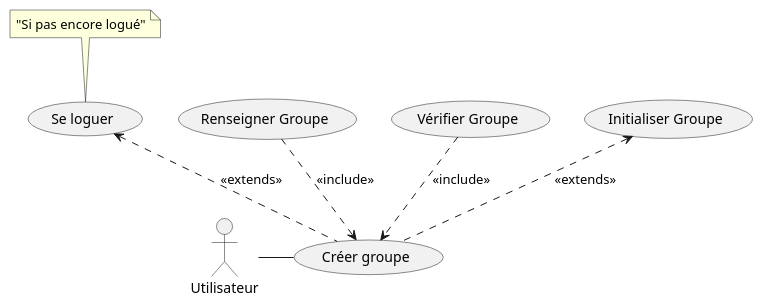
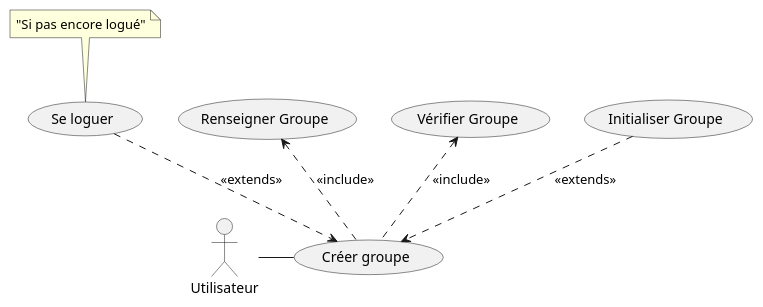
One commit to clementfvrl/projet_linux changed the diagram in docs/use_cases/CreerGroupe.puml. Above: the diagram before and after it, drawn with PlantUML. The commit also changed 10 other files, not shown here.

```diff
--- a/docs/use_cases/CreerGroupe.puml
+++ b/docs/use_cases/CreerGroupe.puml
@@ -1,19 +1,19 @@
 @startuml
 
 actor Utilisateur as User
 
 top to bottom direction
 
 usecase (Créer groupe) as create
 
 :User: -right- create
 
-(Se loguer) <.. create : << extends >> 
+(Se loguer) ..> create : << extends >> 
 
 note top of  (Se loguer) : "Si pas encore logué"
 
-(Renseigner Groupe) ..> create : << include >>
-(Vérifier Groupe) ..> create : << include >>
-(Initialiser Groupe) <.. create : << extends >>
+(Renseigner Groupe) <.. create : << include >>
+(Vérifier Groupe) <.. create : << include >>
+(Initialiser Groupe) ..> create : << extends >>
 
 @enduml
```
